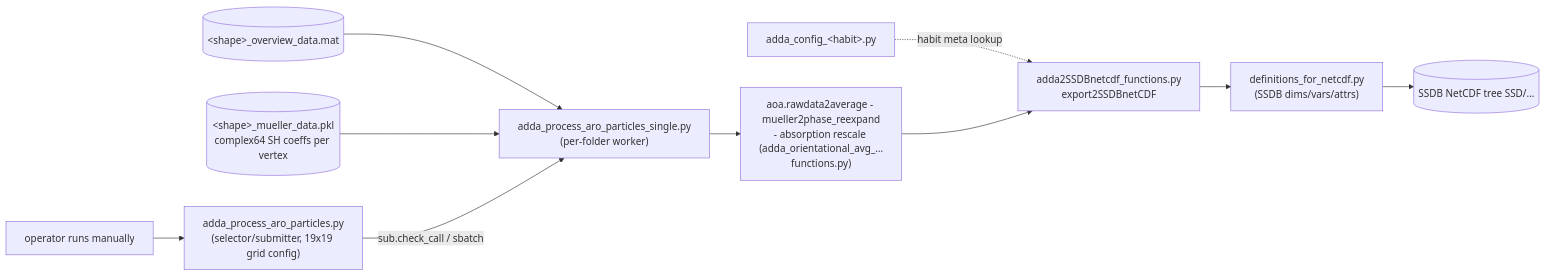
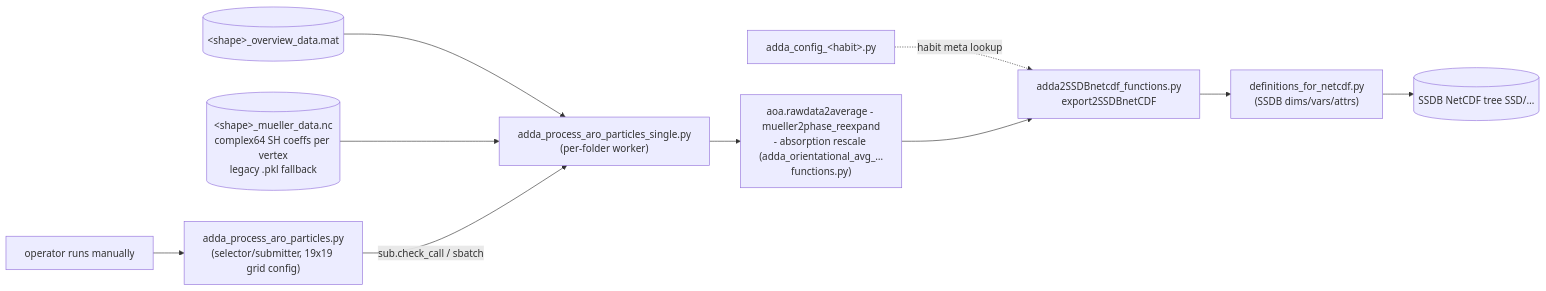
One commit to m-brath/DDA changed the third of 11 diagrams in docs/DDA-manual.md. Above: the diagram before and after it, drawn with Mermaid. The commit also changed other lines of this file and 10 other files, not shown here.

````diff
--- a/docs/DDA-manual.md
+++ b/docs/DDA-manual.md
@@ -582,16 +582,16 @@
 ```mermaid
 flowchart LR
     MAT[("&lt;shape&gt;_overview_data.mat")]
-    PKL[("&lt;shape&gt;_mueller_data.pkl<br/>complex64 SH coeffs per vertex")]
+    MNC[("&lt;shape&gt;_mueller_data.nc<br/>complex64 SH coeffs per vertex<br/>legacy .pkl fallback")]
     PROC["adda_process_aro_particles.py<br/>(selector/submitter, 19x19 grid config)"]
     SINGLE["adda_process_aro_particles_single.py<br/>(per-folder worker)"]
     AOA["aoa.rawdata2average - mueller2phase_reexpand<br/>- absorption rescale (adda_orientational_avg_…functions.py)"]
     EXP["adda2SSDBnetcdf_functions.py<br/>export2SSDBnetCDF"]
     DEFN["definitions_for_netcdf.py<br/>(SSDB dims/vars/attrs)"]
     NC[("SSDB NetCDF tree SSD/…")]
 
-    MAT & PKL --> SINGLE
+    MAT & MNC --> SINGLE
     MC2["operator runs manually"] --> PROC -->|sub.check_call / sbatch| SINGLE
     CFG["adda_config_&lt;habit&gt;.py"] -.->|habit meta lookup| EXP
     SINGLE --> AOA --> EXP --> DEFN --> NC
 ```
````
